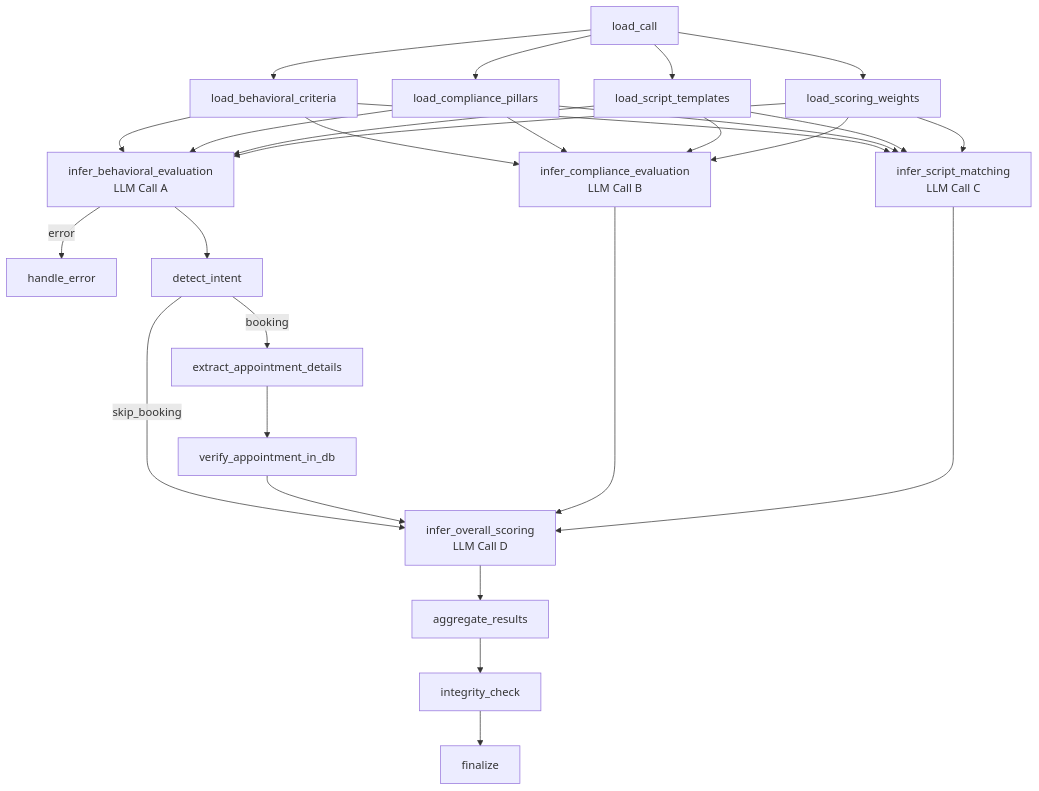
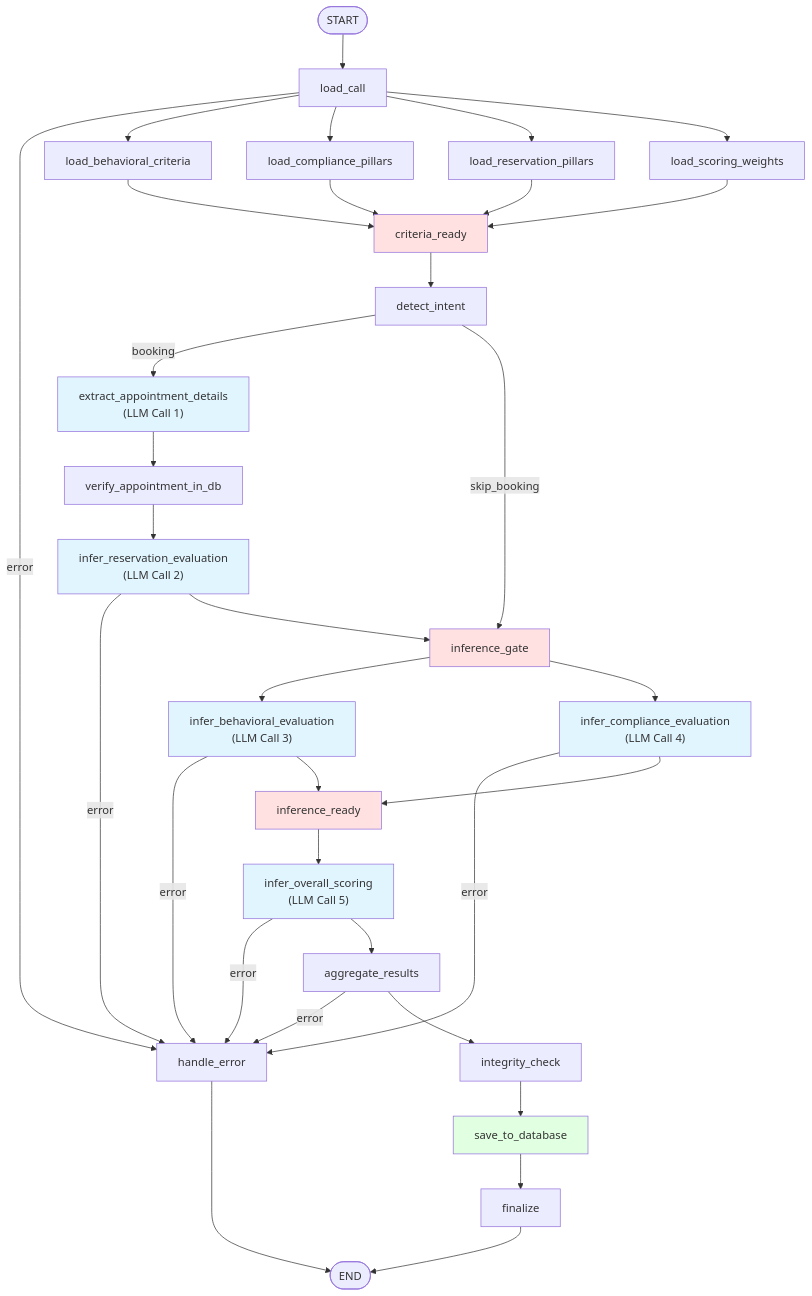
Before and after one commit to Andalusia-Data-Science-Team/QA-for-call-center: the diagram in diagram.md, drawn with Mermaid. The commit also changed other lines of this file and 1 other file, not shown here.

Commit message:
update the graphs, pipelines, readme

````diff
--- a/diagram.md
+++ b/diagram.md
@@ -1,31 +5,55 @@
 ```mermaid
 graph TD
-    A[load_call] --> B[load_behavioral_criteria]
-    A --> C[load_compliance_pillars]
-    A --> D[load_script_templates]
-    A --> E[load_scoring_weights]
-
-    B & C & D & E --> F["infer_behavioral_evaluation
-LLM Call A"]
-    B & C & D & E --> G["infer_compliance_evaluation
-LLM Call B"]
-    B & C & D & E --> H["infer_script_matching
-LLM Call C"]
-
-    F -->|error| ERR[handle_error]
-    F --> DI[detect_intent]
-
-    DI -->|booking| EAD[extract_appointment_details]
-    DI -->|skip_booking| I
-
+    START([START]) --> LC[load_call]
+    
+    LC -->|error| ERR[handle_error]
+    LC --> LBC[load_behavioral_criteria]
+    LC --> LCP[load_compliance_pillars]
+    LC --> LRP[load_reservation_pillars]
+    LC --> LSW[load_scoring_weights]
+    
+    LBC --> CR[criteria_ready]
+    LCP --> CR
+    LRP --> CR
+    LSW --> CR
+    
+    CR --> DI[detect_intent]
+    
+    DI -->|booking| EAD["extract_appointment_details\n(LLM Call 1)"]
+    DI -->|skip_booking| IG[inference_gate]
+    
     EAD --> VAD[verify_appointment_in_db]
-    VAD --> I
-
-    G --> I
-    H --> I
-
-    I["infer_overall_scoring
-LLM Call D"] --> J[aggregate_results]
-    J --> K[integrity_check]
-    K --> L[finalize]
+    VAD --> IRE["infer_reservation_evaluation\n(LLM Call 2)"]
+    IRE -->|error| ERR
+    IRE --> IG
+    
+    IG --> IBE["infer_behavioral_evaluation\n(LLM Call 3)"]
+    IG --> ICE["infer_compliance_evaluation\n(LLM Call 4)"]
+    
+    IBE -->|error| ERR
+    ICE -->|error| ERR
+    IBE --> IR[inference_ready]
+    ICE --> IR
+    
+    IR --> IOS["infer_overall_scoring\n(LLM Call 5)"]
+    IOS -->|error| ERR
+    IOS --> AGG[aggregate_results]
+    
+    AGG -->|error| ERR
+    AGG --> IC[integrity_check]
+    IC --> SDB[save_to_database]
+    SDB --> FIN[finalize]
+    
+    FIN --> END([END])
+    ERR --> END
+    
+    style IBE fill:#e1f5ff
+    style ICE fill:#e1f5ff
+    style IRE fill:#e1f5ff
+    style IOS fill:#e1f5ff
+    style EAD fill:#e1f5ff
+    style IG fill:#ffe1e1
+    style IR fill:#ffe1e1
+    style CR fill:#ffe1e1
+    style SDB fill:#e1ffe1
 ```
````
